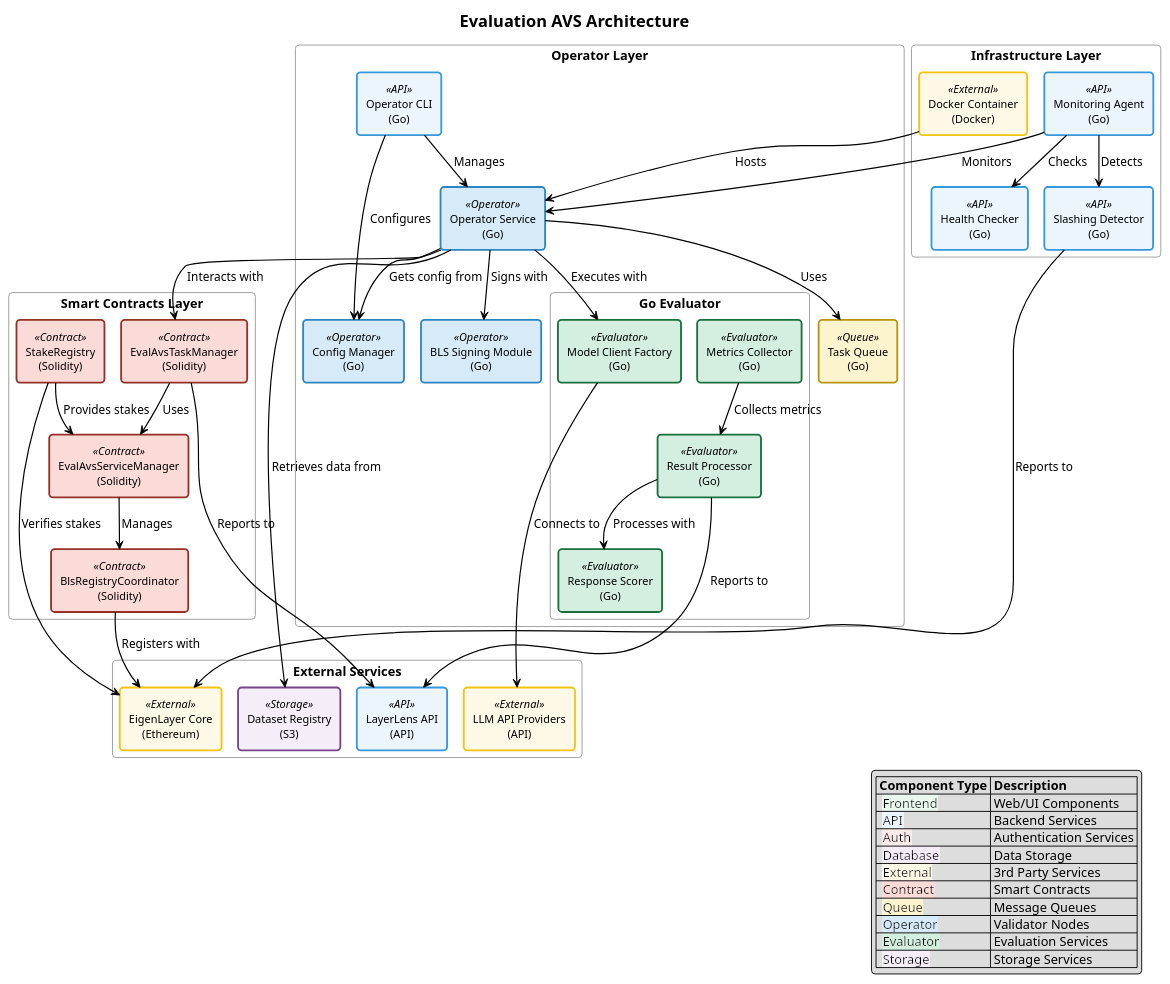
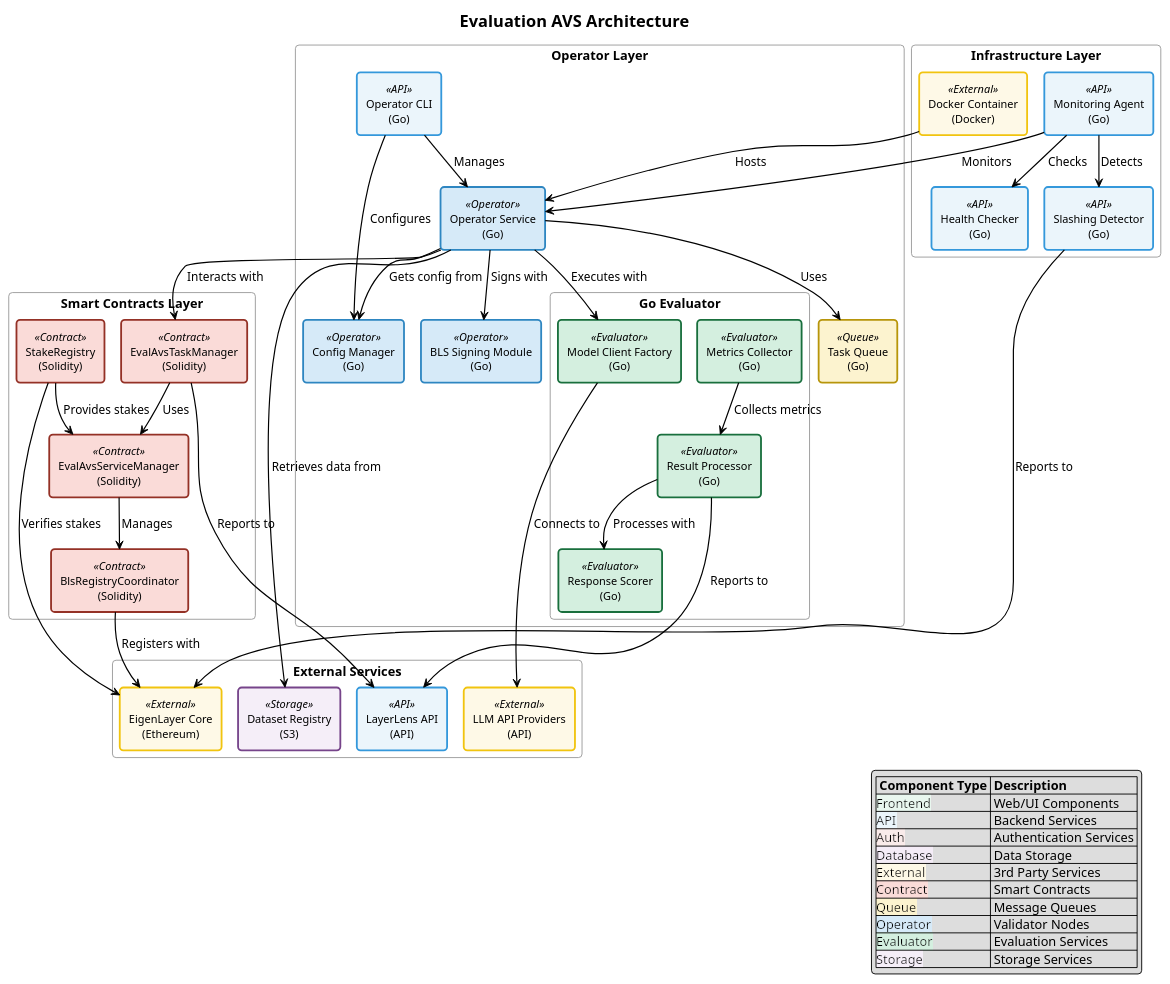
The diagram in plantuml-diagrams/avs-architecture.puml (k-g-j/ll-sequence-diagrams), drawn with PlantUML before and after one commit. The commit also changed 8 other files, not shown here.

First line of the commit message:
Improve architecture diagrams and update guidelines

```diff
--- a/plantuml-diagrams/avs-architecture.puml
+++ b/plantuml-diagrams/avs-architecture.puml
@@ -1,175 +1,175 @@
 @startuml avs-architecture
 !pragma layout smetana
 
 ' Define custom colors to match sequence diagrams
 skinparam component<<Frontend>> {
   BackgroundColor #E9F7EF
   BorderColor #27AE60
   BorderThickness 2
 }
 
 skinparam component<<API>> {
   BackgroundColor #EBF5FB
   BorderColor #3498DB
   BorderThickness 2
 }
 
 skinparam component<<Auth>> {
   BackgroundColor #F9EBEA
   BorderColor #E74C3C
   BorderThickness 2
 }
 
 skinparam component<<Database>> {
   BackgroundColor #F4ECF7
   BorderColor #8E44AD
   BorderThickness 2
 }
 
 skinparam component<<External>> {
   BackgroundColor #FEF9E7
   BorderColor #F1C40F
   BorderThickness 2
 }
 
 skinparam component<<Contract>> {
   BackgroundColor #FADBD8
   BorderColor #943126
   BorderThickness 2
 }
 
 skinparam component<<Queue>> {
   BackgroundColor #FCF3CF
   BorderColor #B7950B
   BorderThickness 2
 }
 
 skinparam component<<Operator>> {
   BackgroundColor #D6EAF8
   BorderColor #2E86C1
   BorderThickness 2
 }
 
 skinparam component<<Evaluator>> {
   BackgroundColor #D4EFDF
   BorderColor #196F3D
   BorderThickness 2
 }
 
 skinparam component<<Storage>> {
   BackgroundColor #F5EEF8
   BorderColor #76448A
   BorderThickness 2
 }
 
 ' Custom styling
 skinparam ArrowColor #000000
 skinparam ArrowThickness 1.3
 skinparam defaultTextAlignment center
 skinparam RoundCorner 8
 skinparam titleFontSize 18
 skinparam titleFontStyle bold
 skinparam ComponentStyle rectangle
 skinparam componentBorderThickness 1.5
 skinparam componentFontSize 12
 skinparam componentFontName Arial
 skinparam PackageStyle rectangle
 skinparam packageBackgroundColor transparent
 skinparam packageBorderColor #999999
 skinparam database<<Database>> {
   BackgroundColor #F4ECF7
   BorderColor #8E44AD
   BorderThickness 2
 }
 
 skinparam queue<<Queue>> {
   BackgroundColor #FCF3CF
   BorderColor #B7950B
   BorderThickness 2
 }
 
 title Evaluation AVS Architecture
 
 package "Smart Contracts Layer" {
     [EvalAvsServiceManager\n(Solidity)] as service_manager <<Contract>>
     [EvalAvsTaskManager\n(Solidity)] as task_manager <<Contract>>
     [BlsRegistryCoordinator\n(Solidity)] as bls_registry <<Contract>>
     [StakeRegistry\n(Solidity)] as stake_registry <<Contract>>
 }
 
 package "Operator Layer" {
     [Operator Service\n(Go)] as op_service <<Operator>>
     [Operator CLI\n(Go)] as op_cli <<API>>
     [Task Queue\n(Go)] as task_queue <<Queue>>
     [BLS Signing Module\n(Go)] as bls_signer <<Operator>>
     [Config Manager\n(Go)] as config_mgr <<Operator>>
     
     package "Go Evaluator" {
         [Model Client Factory\n(Go)] as model_factory <<Evaluator>>
         [Response Scorer\n(Go)] as scorer <<Evaluator>>
         [Result Processor\n(Go)] as processor <<Evaluator>>
         [Metrics Collector\n(Go)] as metrics <<Evaluator>>
     }
 }
 
 package "Infrastructure Layer" {
     [Docker Container\n(Docker)] as docker <<External>>
     [Monitoring Agent\n(Go)] as monitor <<API>>
     [Health Checker\n(Go)] as health <<API>>
     [Slashing Detector\n(Go)] as slashing <<API>>
 }
 
 package "External Services" {
     [EigenLayer Core\n(Ethereum)] as eigenlayer <<External>>
     [Dataset Registry\n(S3)] as s3 <<Storage>>
     [LLM API Providers\n(API)] as llm <<External>>
     [LayerLens API\n(API)] as api <<API>>
 }
 
 ' Contract interactions
 service_manager --> bls_registry : Manages
 task_manager --> service_manager : Uses
 stake_registry --> service_manager : Provides stakes
 bls_registry --> eigenlayer : Registers with
 stake_registry --> eigenlayer : Verifies stakes
 
 ' Operator components
 op_service --> task_queue : Uses
 op_service --> bls_signer : Signs with
 op_service --> config_mgr : Gets config from
 op_service --> model_factory : Executes with
 op_cli --> op_service : Manages
 op_cli --> config_mgr : Configures
 model_factory --> llm : Connects to
 processor --> scorer : Processes with
 metrics --> processor : Collects metrics
 processor --> api : Reports to
 
 ' Infrastructure
 docker --> op_service : Hosts
 monitor --> op_service : Monitors
 monitor --> health : Checks
 monitor --> slashing : Detects
 slashing --> eigenlayer : Reports to
 
 ' External connections
 op_service --> task_manager : Interacts with
 op_service --> s3 : Retrieves data from
 task_manager --> api : Reports to
 
 ' Add color-coding legend
 legend right
   |= Component Type |= Description |
-  |<back:#E9F7EF>  Frontend  </back>| Web/UI Components |
-  |<back:#EBF5FB>  API  </back>| Backend Services |
-  |<back:#F9EBEA>  Auth  </back>| Authentication Services |
-  |<back:#F4ECF7>  Database  </back>| Data Storage |
-  |<back:#FEF9E7>  External  </back>| 3rd Party Services |
-  |<back:#FADBD8>  Contract  </back>| Smart Contracts |
-  |<back:#FCF3CF>  Queue  </back>| Message Queues |
-  |<back:#D6EAF8>  Operator  </back>| Validator Nodes |
-  |<back:#D4EFDF>  Evaluator  </back>| Evaluation Services |
-  |<back:#F5EEF8>  Storage  </back>| Storage Services |
+  |<back:#E9F7EF><color:black>Frontend</color></back>| Web/UI Components |
+  |<back:#EBF5FB><color:black>API</color></back>| Backend Services |
+  |<back:#F9EBEA><color:black>Auth</color></back>| Authentication Services |
+  |<back:#F4ECF7><color:black>Database</color></back>| Data Storage |
+  |<back:#FEF9E7><color:black>External</color></back>| 3rd Party Services |
+  |<back:#FADBD8><color:black>Contract</color></back>| Smart Contracts |
+  |<back:#FCF3CF><color:black>Queue</color></back>| Message Queues |
+  |<back:#D6EAF8><color:black>Operator</color></back>| Validator Nodes |
+  |<back:#D4EFDF><color:black>Evaluator</color></back>| Evaluation Services |
+  |<back:#F5EEF8><color:black>Storage</color></back>| Storage Services |
 endlegend
 
 @enduml
```
